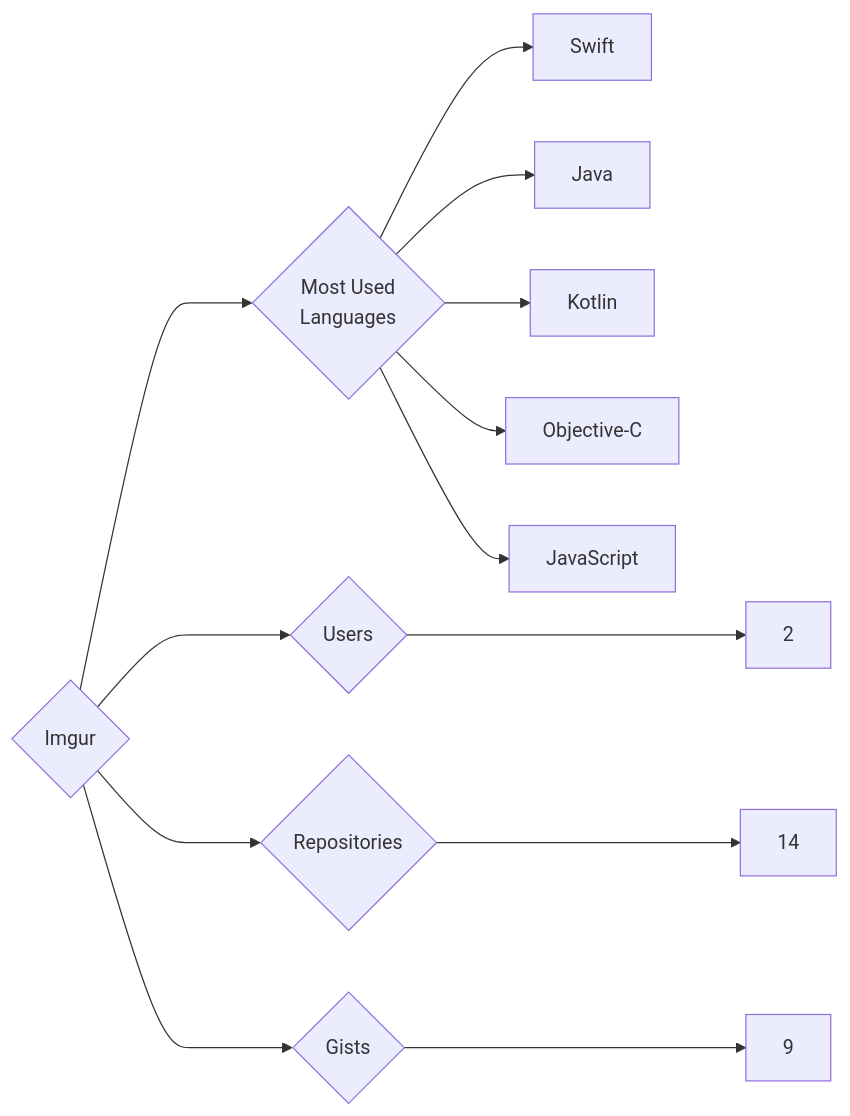
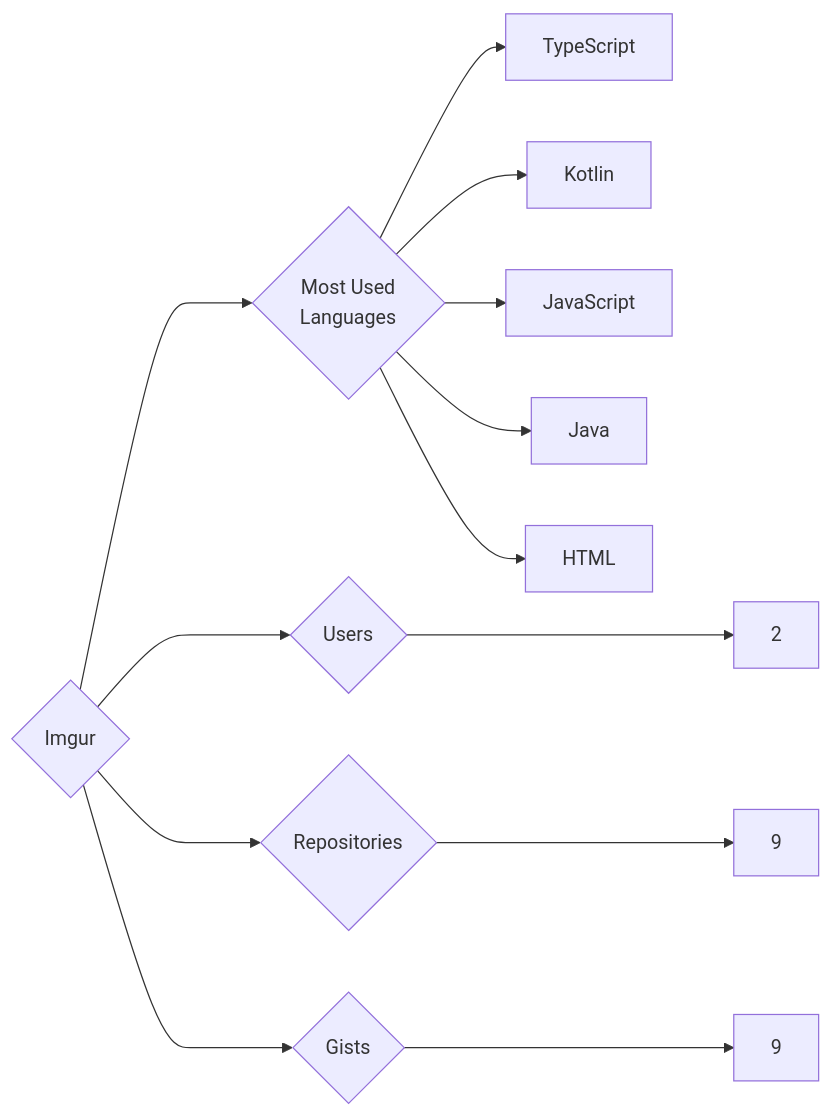
Before and after one commit to trickest/insiders: the diagram in targets/Imgur/README.md, drawn with Mermaid. The commit also changed 782 other files, not shown here.

````diff
--- a/targets/Imgur/README.md
+++ b/targets/Imgur/README.md
@@ -3,13 +3,13 @@
 ```mermaid
 graph LR
 COMPANY_NAME{Imgur}
 COMPANY_NAME ---> U{Users} ---> UN[2]
-COMPANY_NAME ---> R{Repositories} ---> RN[14]
+COMPANY_NAME ---> R{Repositories} ---> RN[9]
 COMPANY_NAME ---> G{Gists} ---> GN[9]
 COMPANY_NAME ---> ML{Most Used<br>Languages}
-ML --> Swift[Swift]
+ML --> TypeScript[TypeScript]
+ML --> Kotlin[Kotlin]
+ML --> JavaScript[JavaScript]
 ML --> Java[Java]
-ML --> Kotlin[Kotlin]
-ML --> Objective-C[Objective-C]
-ML --> JavaScript[JavaScript]
+ML --> HTML[HTML]
 ```
````
